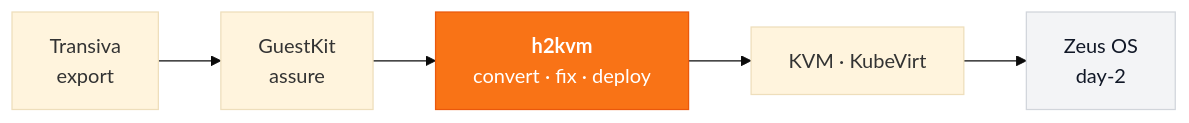
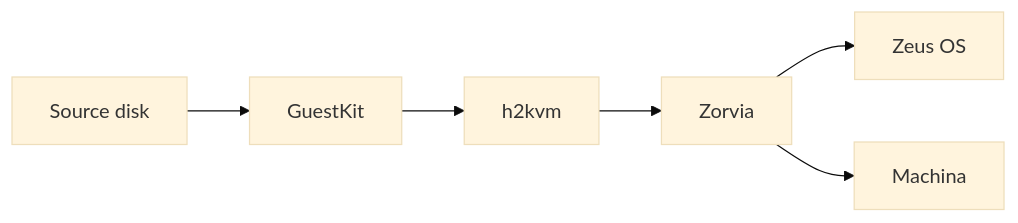
One commit to zyvorai/h2kvm changed the diagram in README.md. Above: the diagram before and after it, drawn with Mermaid (base theme). The commit also changed other lines of this file and 1 other file, not shown here.

First line of the commit message:
Show buyers how GuestKit, h2kvm, Zorvia, Zeus OS, and Machina fit together.

````diff
--- a/README.md
+++ b/README.md
@@ -314,12 +59,8 @@
 ```mermaid
 flowchart LR
-    H["Transiva<br/>export"] --> G["GuestKit<br/>assure"]
-    G --> K["<b>h2kvm</b><br/>convert · fix · deploy"]
-    K --> T["KVM · KubeVirt"]
-    T --> Z["Zeus OS<br/>day-2"]
-
-    classDef accent fill:#F97316,stroke:#EA580C,color:#fff;
-    classDef muted fill:#F3F4F6,stroke:#D1D5DB,color:#111827;
-    class K accent;
-    class Z muted;
+  Disk["Source disk"] --> GK["GuestKit"]
+  GK --> H["h2kvm"]
+  H --> Z["Zorvia"]
+  Z --> Zeus["Zeus OS"]
+  Z --> Machina["Machina"]
 ```
````
